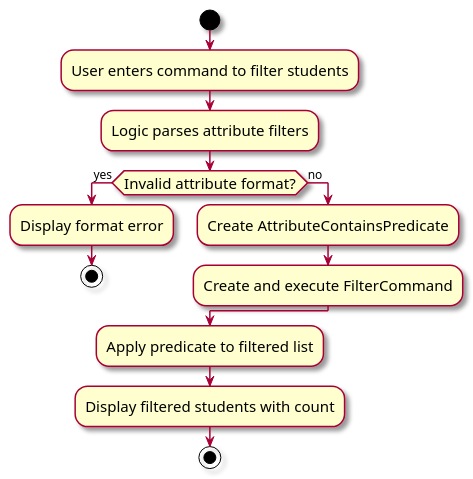
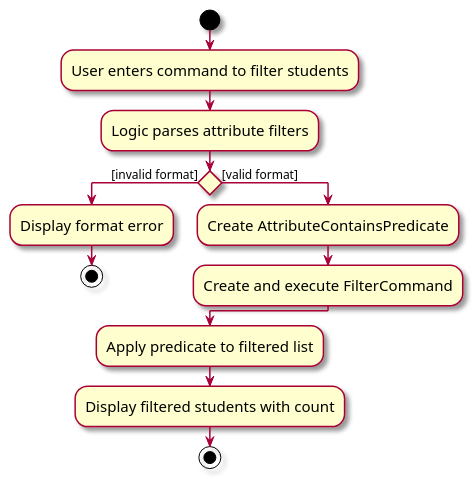
The diagram in docs/diagrams/FilterCommandActivityDiagram.puml (tonyvict/tp), drawn with PlantUML before and after one commit. The commit also changed 8 other files, not shown here.

Commit message:
Update activity diagrams

```diff
--- a/docs/diagrams/FilterCommandActivityDiagram.puml
+++ b/docs/diagrams/FilterCommandActivityDiagram.puml
@@ -1,18 +1,18 @@
 @startuml
 skin rose
 skinparam ActivityFontSize 15
 skinparam ArrowFontSize 12
 start
 :User enters command to filter students;
 :Logic parses attribute filters;
-if (Invalid attribute format?) then (yes)
+if () then ([invalid format])
   :Display format error;
   stop
-else (no)
+else ([valid format])
   :Create AttributeContainsPredicate;
   :Create and execute FilterCommand;
 endif
 :Apply predicate to filtered list;
 :Display filtered students with count;
 stop
 @enduml
```
